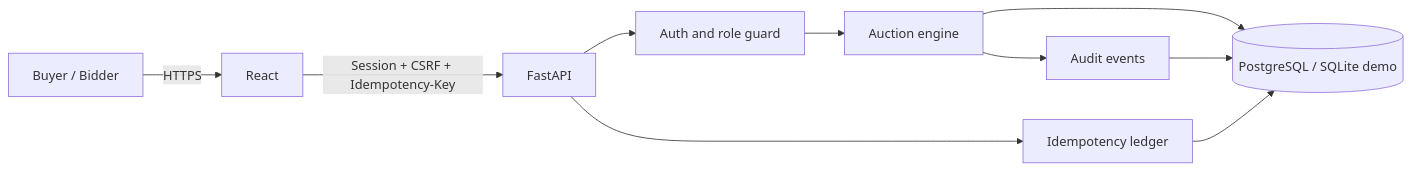
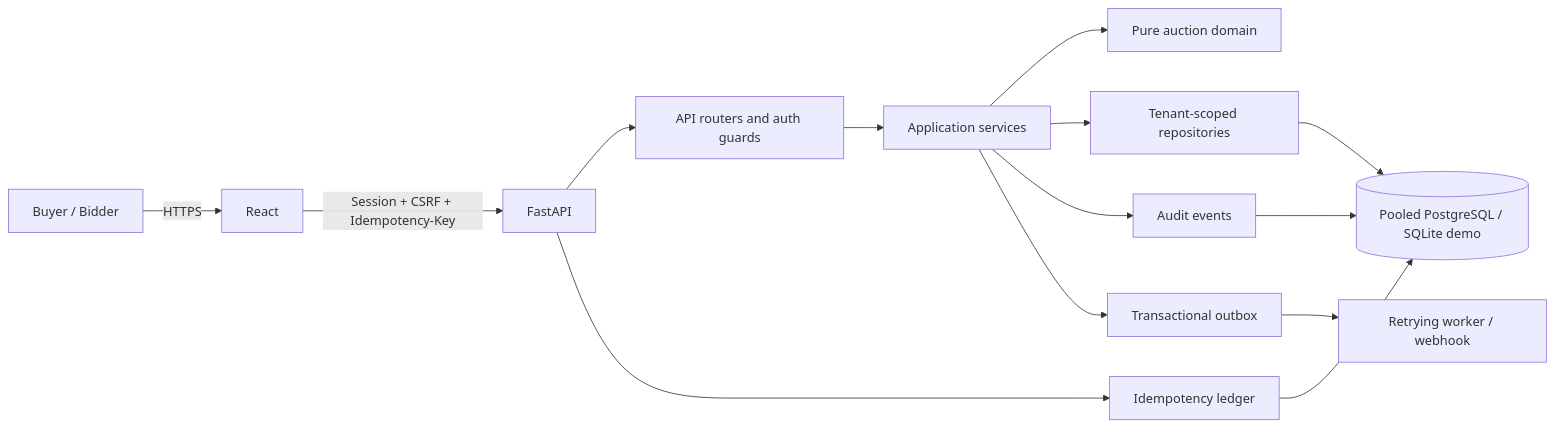
The first of 2 diagrams in README.md (Autistic-coder/go-comet), drawn with Mermaid before and after one commit. The commit also changed other lines of this file and 28 other files, not shown here.

````diff
--- a/README.md
+++ b/README.md
@@ -65,12 +68,16 @@
 ```mermaid
 flowchart LR
     U[Buyer / Bidder] -->|HTTPS| R[React]
     R -->|Session + CSRF + Idempotency-Key| A[FastAPI]
-    A --> G[Auth and role guard]
-    G --> E[Auction engine]
-    E --> D[(PostgreSQL / SQLite demo)]
+    A --> G[API routers and auth guards]
+    G --> E[Application services]
+    E --> X[Pure auction domain]
+    E --> P[Tenant-scoped repositories]
+    P --> D[(Pooled PostgreSQL / SQLite demo)]
     E --> L[Audit events]
+    E --> O[Transactional outbox]
+    O --> W[Retrying worker / webhook]
     A --> I[Idempotency ledger]
     I --> D
     L --> D
 ```
````
